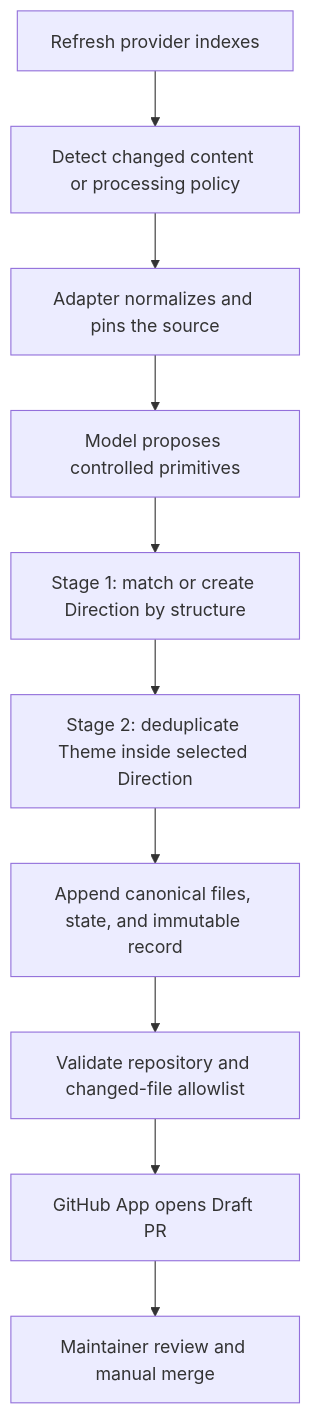
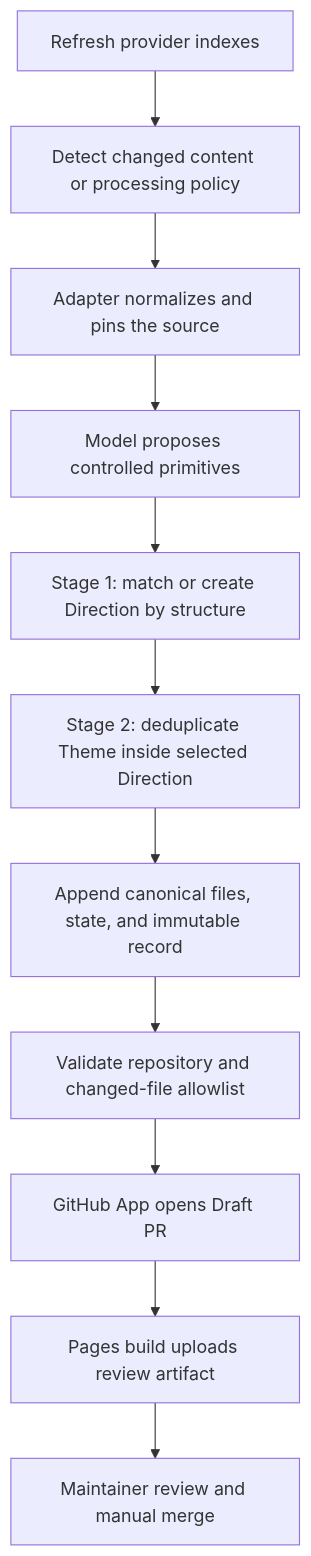
The diagram in docs/AUTOMATED_CURATION.md (coconilu/ai-ui-style-director), drawn with Mermaid before and after one commit. The commit also changed other lines of this file and 9 other files, not shown here.

````diff
--- a/docs/AUTOMATED_CURATION.md
+++ b/docs/AUTOMATED_CURATION.md
@@ -10,12 +10,13 @@
 ```mermaid
 flowchart TD
   A["Refresh provider indexes"] --> B["Detect changed content or processing policy"]
   B --> C["Adapter normalizes and pins the source"]
   C --> D["Model proposes controlled primitives"]
   D --> E["Stage 1: match or create Direction by structure"]
   E --> F["Stage 2: deduplicate Theme inside selected Direction"]
   F --> G["Append canonical files, state, and immutable record"]
   G --> H["Validate repository and changed-file allowlist"]
   H --> I["GitHub App opens Draft PR"]
-  I --> J["Maintainer review and manual merge"]
+  I --> J["Pages build uploads review artifact"]
+  J --> K["Maintainer review and manual merge"]
 ```
````
